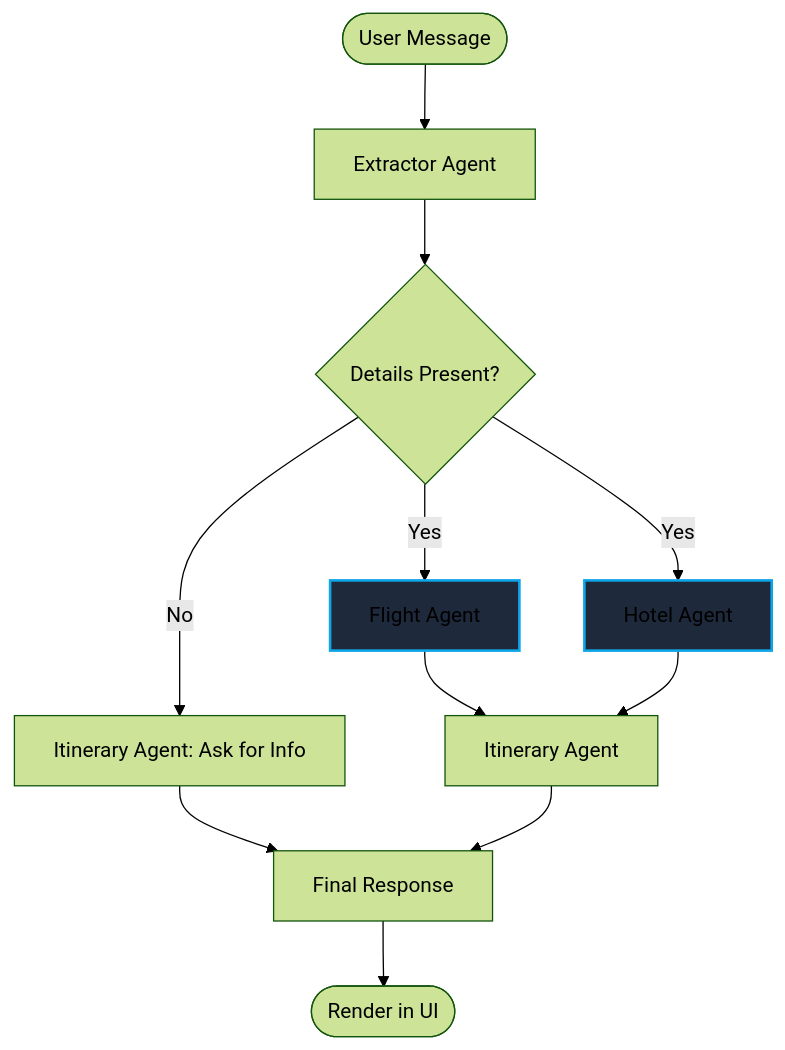
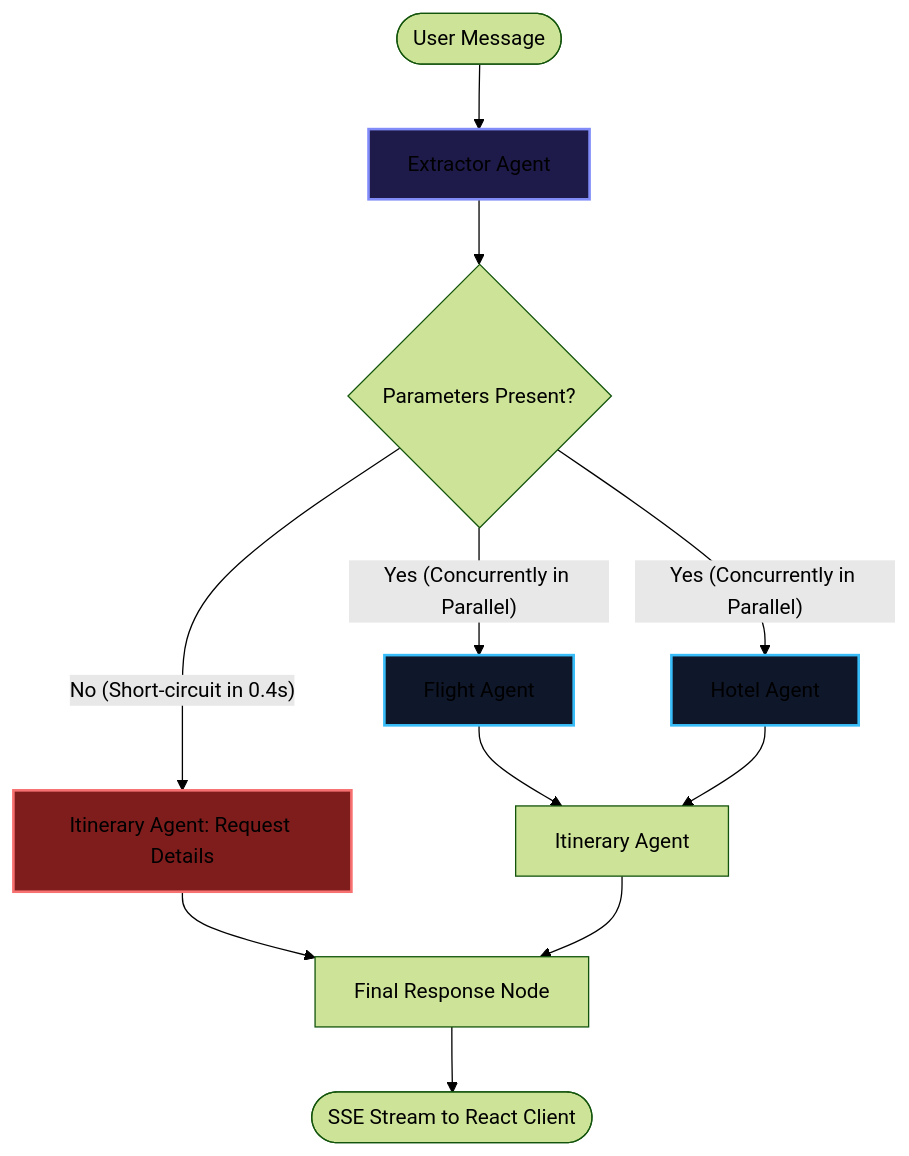
Before and after one commit to om0710/travelpilot-ai-multi-agent: the diagram in README.md, drawn with Mermaid (forest theme). The commit also changed other lines of this file, not shown here.

````diff
--- a/README.md
+++ b/README.md
@@ -92,20 +32,22 @@
 ```mermaid
 graph TD
     START([User Message]) --> Extractor[Extractor Agent]
-    Extractor --> Check{Details Present?}
+    Extractor --> Check{Parameters Present?}
     
-    Check -- No --> ItineraryMissing[Itinerary Agent: Ask for Info]
-    ItineraryMissing --> Final[Final Response]
+    Check -- No (Short-circuit in 0.4s) --> ItineraryMissing[Itinerary Agent: Request Details]
+    ItineraryMissing --> Final[Final Response Node]
     
-    Check -- Yes --> Flight[Flight Agent]
-    Check -- Yes --> Hotel[Hotel Agent]
+    Check -- Yes (Concurrently in Parallel) --> Flight[Flight Agent]
+    Check -- Yes (Concurrently in Parallel) --> Hotel[Hotel Agent]
     
     Flight --> Itinerary[Itinerary Agent]
     Hotel --> Itinerary
     
     Itinerary --> Final
-    Final --> END([Render in UI])
+    Final --> END([SSE Stream to React Client])
     
-    style Flight fill:#1e293b,stroke:#0ea5e9,stroke-width:2px
-    style Hotel fill:#1e293b,stroke:#0ea5e9,stroke-width:2px
+    style Flight fill:#0f172a,stroke:#38bdf8,stroke-width:2px
+    style Hotel fill:#0f172a,stroke:#38bdf8,stroke-width:2px
+    style Extractor fill:#1e1b4b,stroke:#818cf8,stroke-width:2px
+    style ItineraryMissing fill:#7f1d1d,stroke:#f87171,stroke-width:2px
 ```
````
